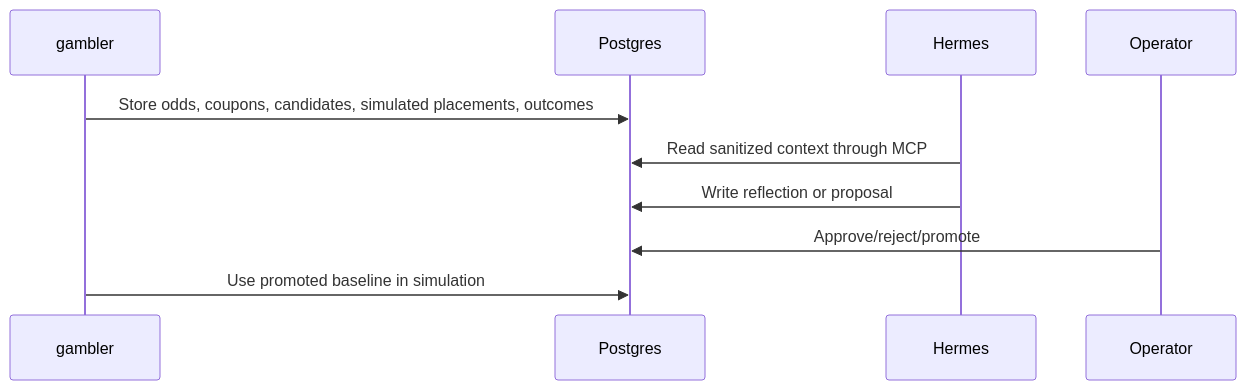
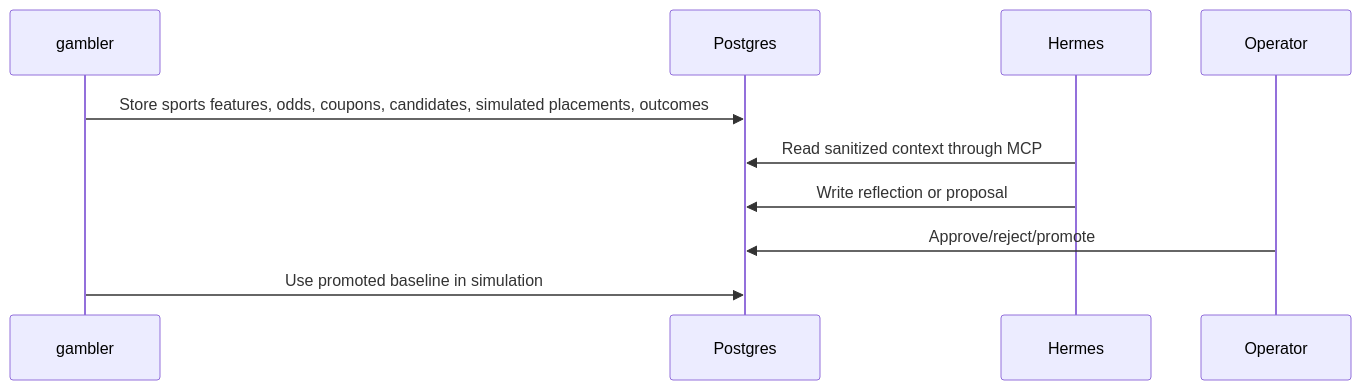
Before and after one commit to simonellefsen/danske-spil: the diagram in wiki/concepts/hermes-gambler-loop.md, drawn with Mermaid. The commit also changed other lines of this file and 11 other files, not shown here.

````diff
--- a/wiki/concepts/hermes-gambler-loop.md
+++ b/wiki/concepts/hermes-gambler-loop.md
@@ -38,13 +38,13 @@
 ```mermaid
 sequenceDiagram
   participant G as gambler
   participant DB as Postgres
   participant H as Hermes
   participant O as Operator
 
-  G->>DB: Store odds, coupons, candidates, simulated placements, outcomes
+  G->>DB: Store sports features, odds, coupons, candidates, simulated placements, outcomes
   H->>DB: Read sanitized context through MCP
   H->>DB: Write reflection or proposal
   O->>DB: Approve/reject/promote
   G->>DB: Use promoted baseline in simulation
 ```
````
